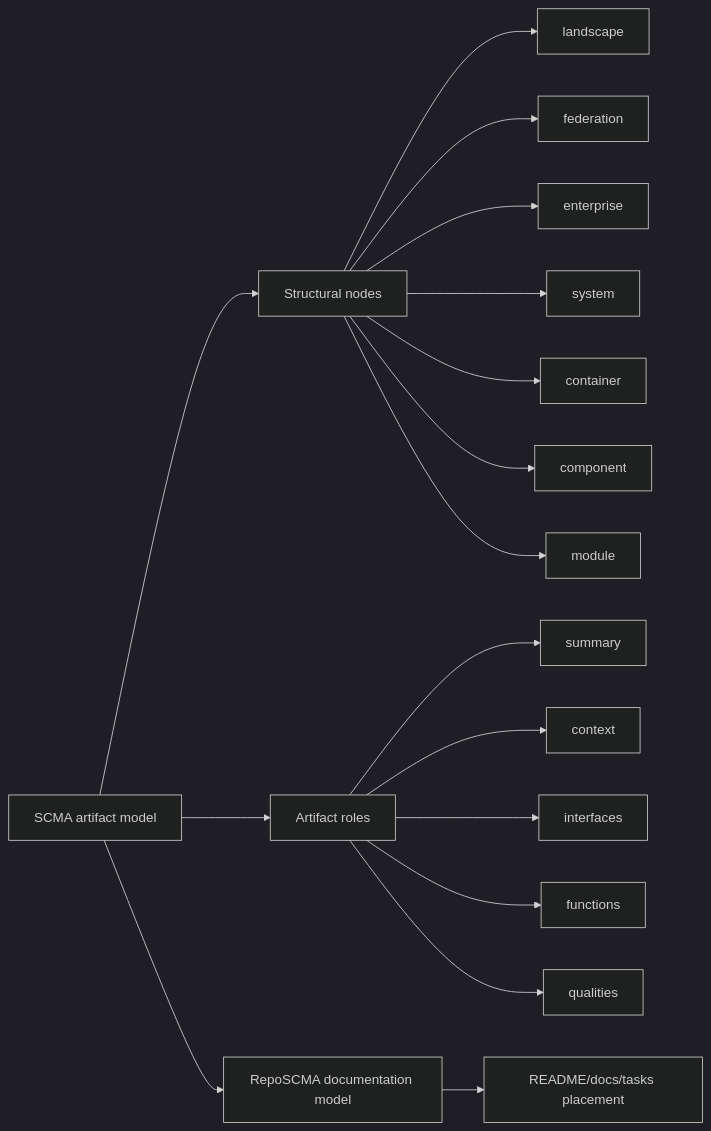
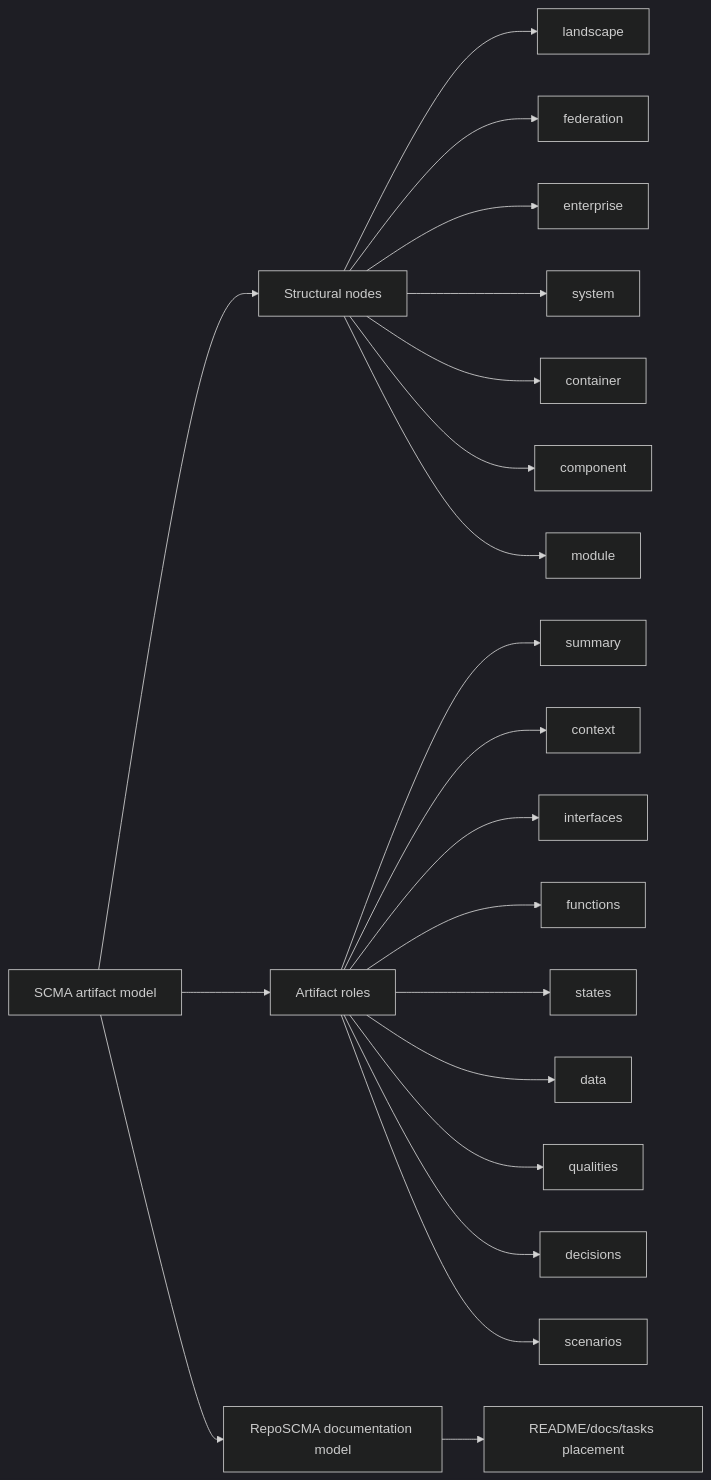
One commit to jkassis/reposcma changed the first of 4 diagrams in index.md. Above: the diagram before and after it, drawn with Mermaid (dark theme). The commit also changed other lines of this file and 4 other files, not shown here.

````diff
--- a/index.md
+++ b/index.md
@@ -59,19 +63,23 @@
 ```mermaid
 flowchart LR
   SCMA["SCMA artifact model"] --> Nodes["Structural nodes"]
   SCMA --> Artifacts["Artifact roles"]
   Nodes --> Landscape["landscape"]
   Nodes --> Federation["federation"]
   Nodes --> Enterprise["enterprise"]
   Nodes --> System["system"]
   Nodes --> Container["container"]
   Nodes --> Component["component"]
   Nodes --> Module["module"]
   Artifacts --> Summary["summary"]
   Artifacts --> Context["context"]
   Artifacts --> Interfaces["interfaces"]
   Artifacts --> Functions["functions"]
+  Artifacts --> States["states"]
+  Artifacts --> Data["data"]
   Artifacts --> Qualities["qualities"]
+  Artifacts --> Decisions["decisions"]
+  Artifacts --> Scenarios["scenarios"]
   RepoSCMA["RepoSCMA documentation model"] --> Placement["README/docs/tasks placement"]
   SCMA --> RepoSCMA
 ```
````
